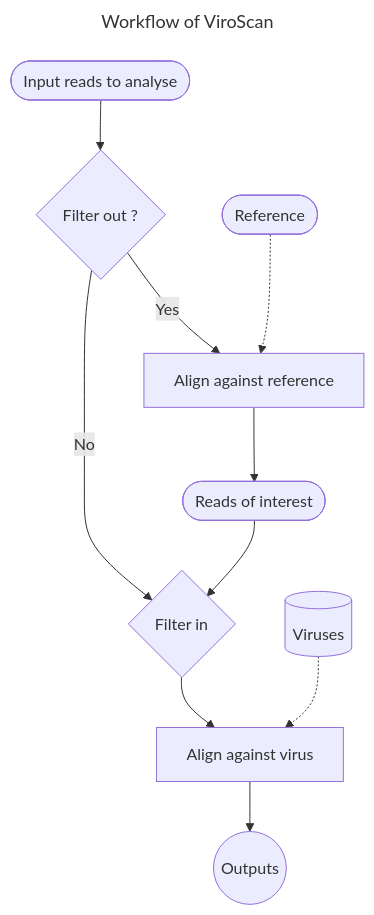
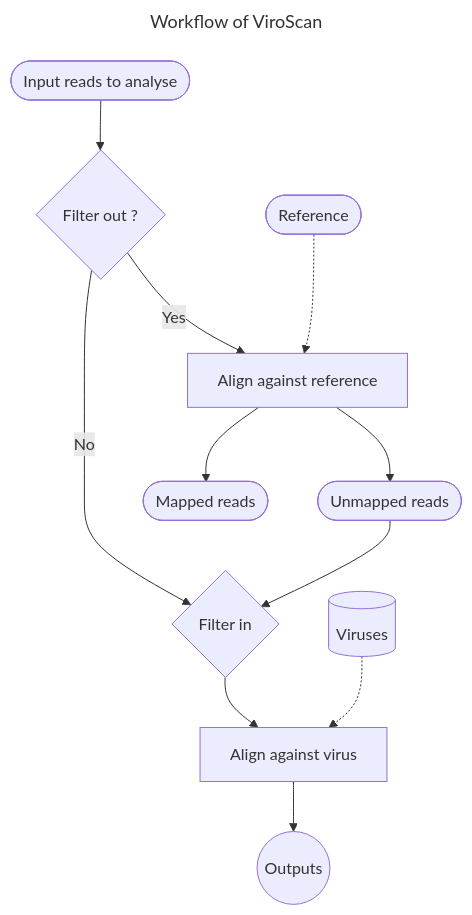
Before and after one commit to srh-bzd/ViroScan: the diagram in README.md, drawn with Mermaid.

Commit message:
Update README.md
Change mermaid flowchart

````diff
--- a/README.md
+++ b/README.md
@@ -27,15 +27,16 @@
 ```mermaid
 ---
 title: Workflow of ViroScan
 ---
 flowchart TD
     A([Input reads to analyse]) --> B{Filter out ?};
     B -- No --> F{Filter in};
     B -- Yes --> C[Align against reference];
     D([Reference]) -.-> C;
-    C --> E([Reads of interest]);
+    C --> K([Mapped reads]);
+    C --> E([Unmapped reads]);
     E --> F;
     F --> G[Align against virus];
     H[(Viruses)] -.-> G;
     G --> I((Outputs));
 ```
````
